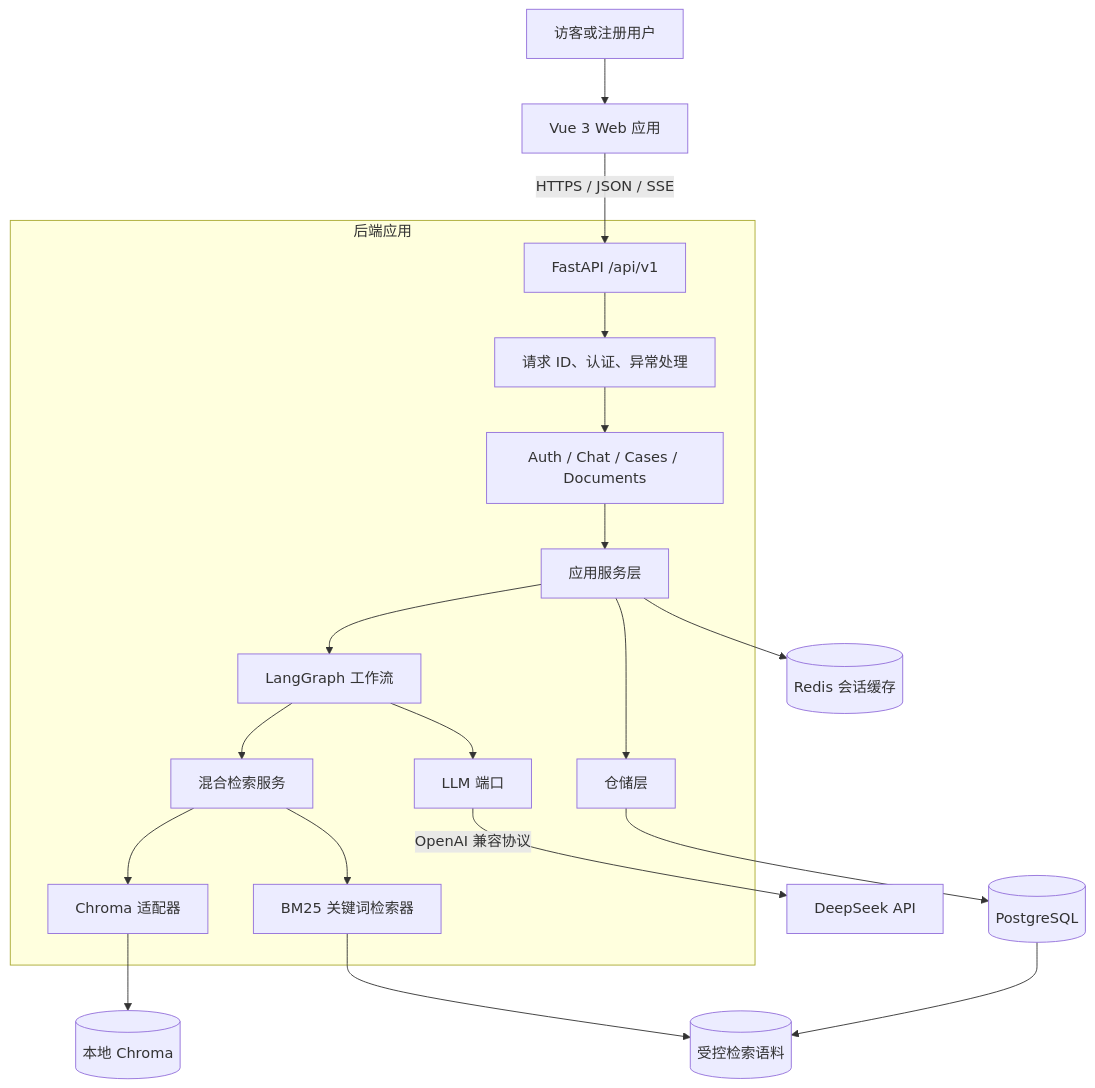
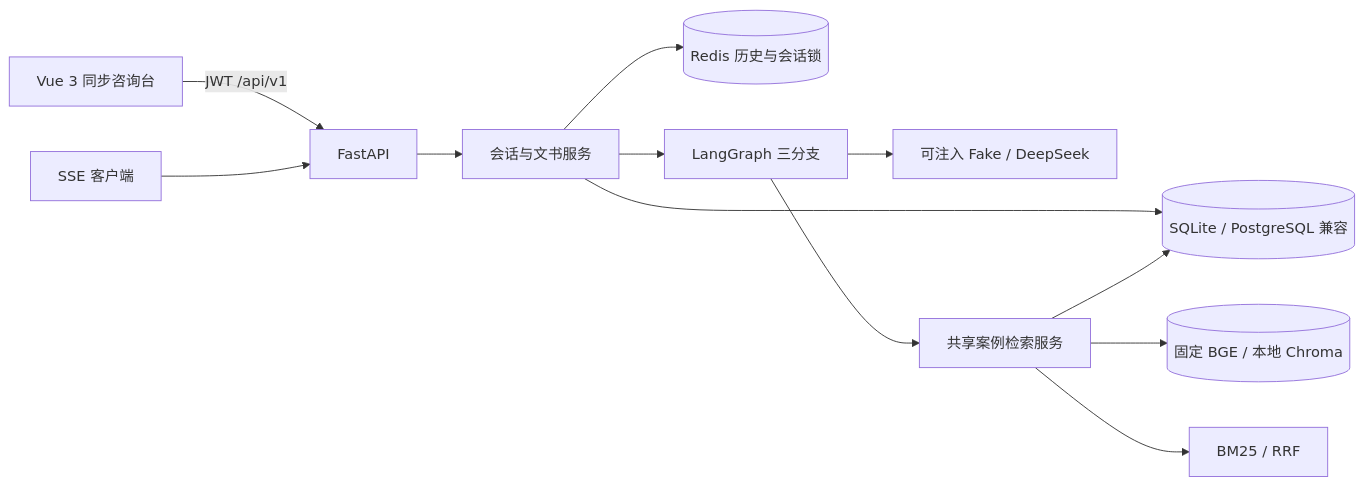
Before and after one commit to wenqin8/legalmind: the first of 2 diagrams in docs/architecture.md, drawn with Mermaid. The commit also changed other lines of this file and 80 other files, not shown here.

````diff
--- a/docs/architecture.md
+++ b/docs/architecture.md
@@ -69,24 +7,14 @@
 ```mermaid
-flowchart TB
-    User[访客或注册用户] --> Web[Vue 3 Web 应用]
-    Web -->|HTTPS / JSON / SSE| API[FastAPI /api/v1]
-
-    subgraph Backend[后端应用]
-        API --> MW[请求 ID、认证、异常处理]
-        MW --> Routes[Auth / Chat / Cases / Documents]
-        Routes --> Services[应用服务层]
-        Services --> Graph[LangGraph 工作流]
-        Graph --> LLM[LLM 端口]
-        Graph --> Retrieval[混合检索服务]
-        Services --> Repositories[仓储层]
-        Retrieval --> VectorAdapter[Chroma 适配器]
-        Retrieval --> Keyword[BM25 关键词检索器]
-    end
-
-    LLM -->|OpenAI 兼容协议| DeepSeek[DeepSeek API]
-    Repositories --> PostgreSQL[(PostgreSQL)]
-    Services --> Redis[(Redis 会话缓存)]
-    VectorAdapter --> Chroma[(本地 Chroma)]
-    Keyword --> Corpus[(受控检索语料)]
-    PostgreSQL --> Corpus
+flowchart LR
+    Web[Vue 3 同步咨询台] -->|JWT /api/v1| API[FastAPI]
+    Client[SSE 客户端] --> API
+    API --> Service[会话与文书服务]
+    Service --> DB[(SQLite / PostgreSQL 兼容)]
+    Service --> Redis[(Redis 历史与会话锁)]
+    Service --> Graph[LangGraph 三分支]
+    Graph --> LLM[可注入 Fake / DeepSeek]
+    Graph --> Retrieval[共享案例检索服务]
+    Retrieval --> Chroma[(固定 BGE / 本地 Chroma)]
+    Retrieval --> BM25[BM25 / RRF]
+    Retrieval --> DB
 ```
````
